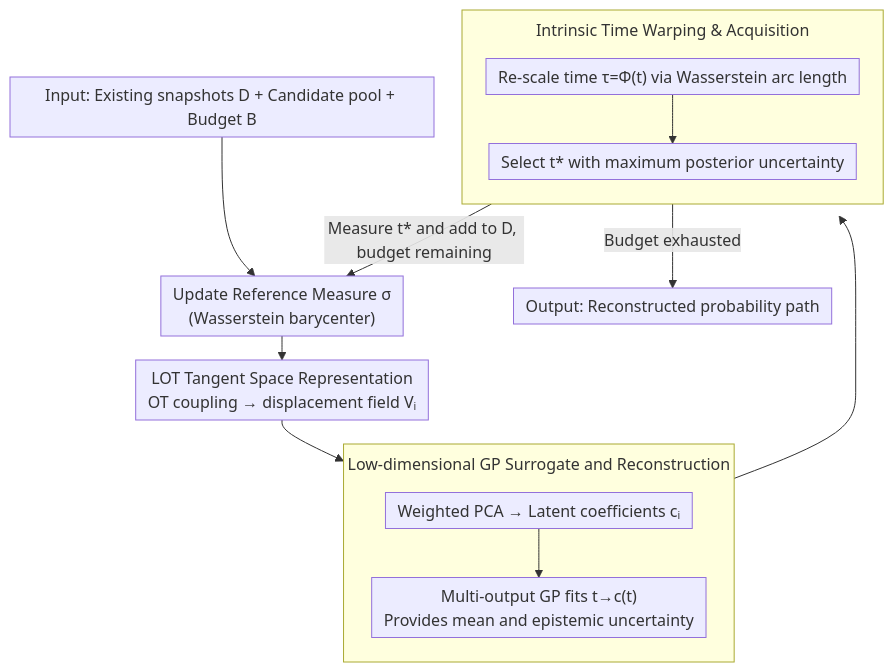
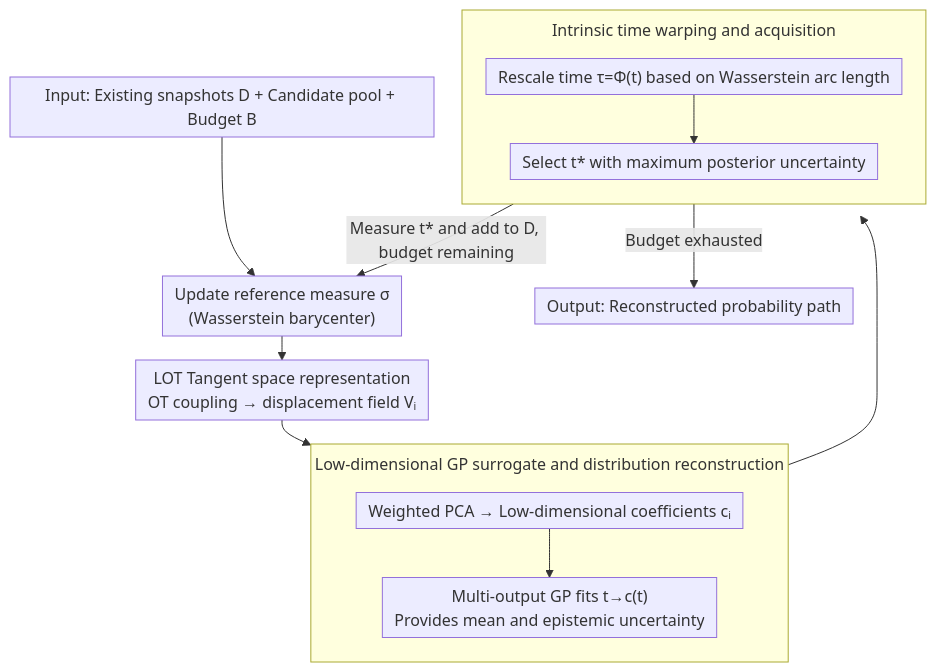
One commit to zhaoyang97/Paper-Notes-en changed the diagram in docs/ICML2026/computational_biology/active_timepoint_selection_for_learning_measure-valued_trajectories.md. Above: the diagram before and after it, drawn with Mermaid. The commit also changed other lines of this file and 5084 other files, not shown here.

````diff
--- a/docs/ICML2026/computational_biology/active_timepoint_selection_for_learning_measure-valued_trajectories.md
+++ b/docs/ICML2026/computational_biology/active_timepoint_selection_for_learning_measure-valued_trajectories.md
@@ -45,18 +45,18 @@
 ```mermaid
 %%{init: {'flowchart': {'rankSpacing': 24, 'nodeSpacing': 28, 'padding': 6, 'wrappingWidth': 400, 'subGraphTitleMargin': {'top': 8, 'bottom': 16}}}}%%
 flowchart TD
-    A["Input: Existing snapshots D + Candidate pool + Budget B"] --> B["Update Reference Measure σ<br/>(Wasserstein barycenter)"]
-    B --> C["LOT Tangent Space Representation<br/>OT coupling → displacement field Vᵢ"]
-    subgraph G2["Low-dimensional GP Surrogate and Reconstruction"]
+    A["Input: Existing snapshots D + Candidate pool + Budget B"] --> B["Update reference measure σ<br/>(Wasserstein barycenter)"]
+    B --> C["LOT Tangent space representation<br/>OT coupling → displacement field Vᵢ"]
+    subgraph G2["Low-dimensional GP surrogate and distribution reconstruction"]
         direction TB
-        D["Weighted PCA → Latent coefficients cᵢ"] --> E["Multi-output GP fits t→c(t)<br/>Provides mean and epistemic uncertainty"]
+        D["Weighted PCA → Low-dimensional coefficients cᵢ"] --> E["Multi-output GP fits t→c(t)<br/>Provides mean and epistemic uncertainty"]
     end
     C --> G2
-    subgraph G3["Intrinsic Time Warping & Acquisition"]
+    subgraph G3["Intrinsic time warping and acquisition"]
         direction TB
-        F["Re-scale time τ=Φ(t) via Wasserstein arc length"] --> H["Select t* with maximum posterior uncertainty"]
+        F["Rescale time τ=Φ(t) based on Wasserstein arc length"] --> H["Select t* with maximum posterior uncertainty"]
     end
     G2 --> G3
     H -->|Measure t* and add to D, budget remaining| B
     H -->|Budget exhausted| I["Output: Reconstructed probability path"]
 ```
````
